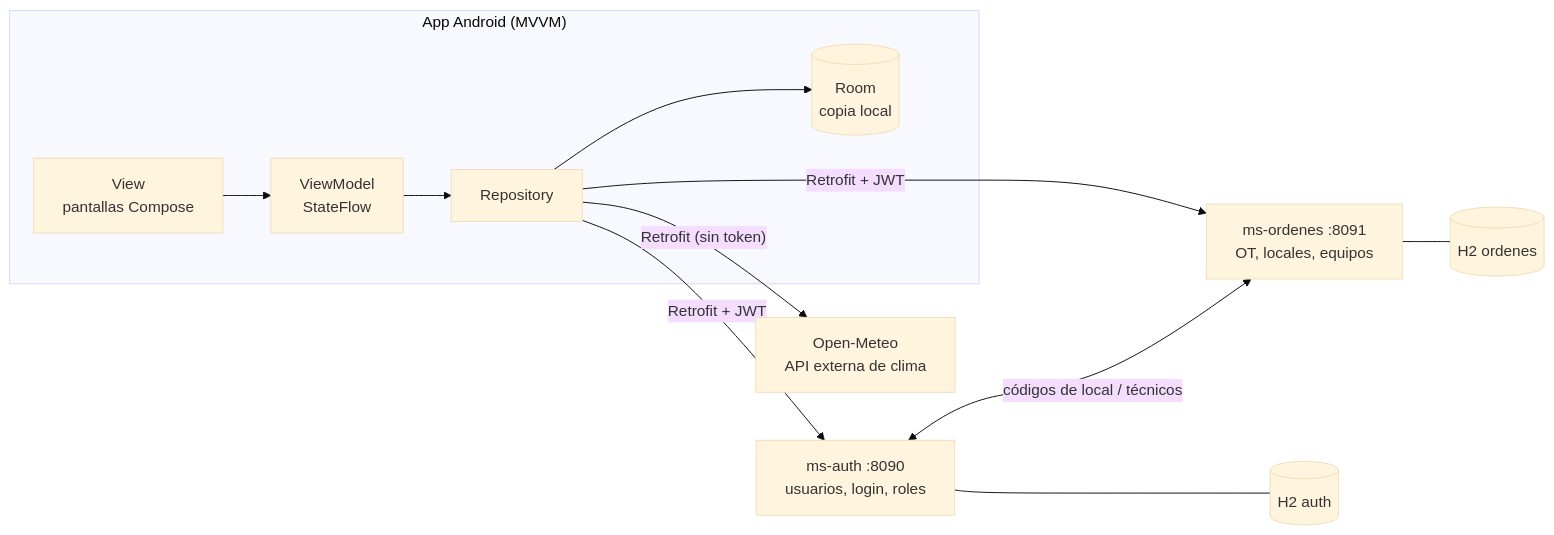
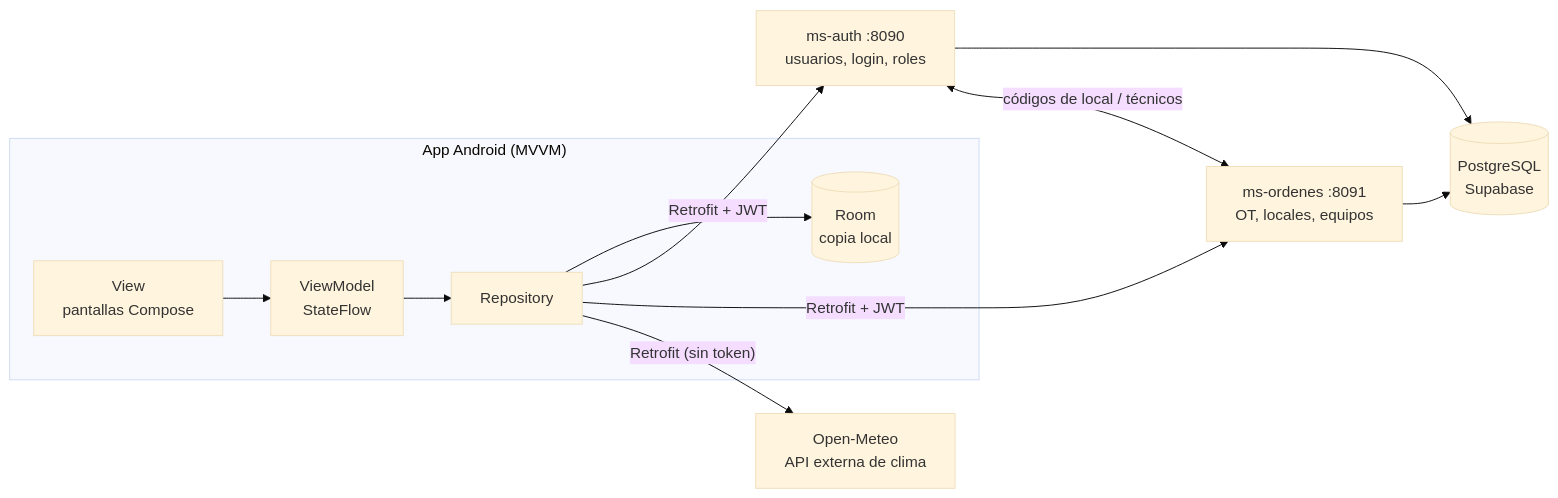
The diagram in README.md (Luis-svg-ops/Desarrollo-de-Aplicaciones-M-viles-Ev-2), drawn with Mermaid (base theme) before and after one commit. The commit also changed other lines of this file, not shown here.

Commit message:
README: PostgreSQL en Supabase como base de datos en la nube

````diff
--- a/README.md
+++ b/README.md
@@ -15,14 +15,14 @@
 ```mermaid
 flowchart LR
     subgraph Android["App Android (MVVM)"]
         V["View<br/>pantallas Compose"] --> VM["ViewModel<br/>StateFlow"]
         VM --> R["Repository"]
         R --> ROOM[("Room<br/>copia local")]
     end
     R -- "Retrofit + JWT" --> AUTH["ms-auth :8090<br/>usuarios, login, roles"]
     R -- "Retrofit + JWT" --> ORD["ms-ordenes :8091<br/>OT, locales, equipos"]
     R -- "Retrofit (sin token)" --> METEO["Open-Meteo<br/>API externa de clima"]
-    AUTH --- DBA[("H2 auth")]
-    ORD --- DBO[("H2 ordenes")]
+    AUTH --> PG[("PostgreSQL<br/>Supabase")]
+    ORD --> PG
     AUTH <-- "códigos de local / técnicos" --> ORD
 ```
````
